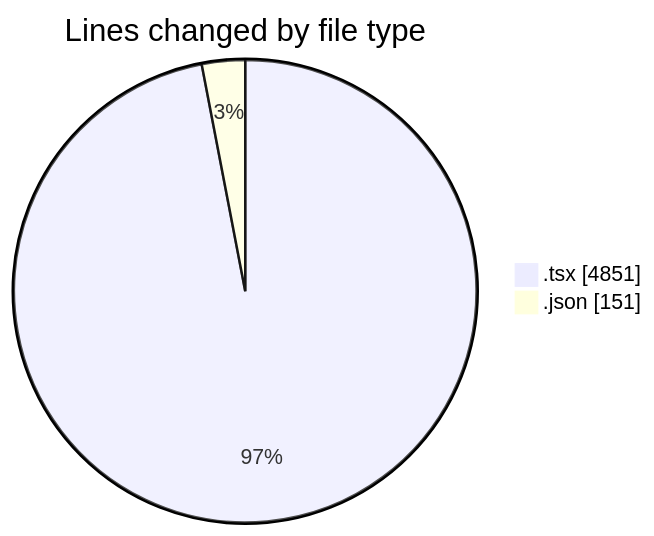
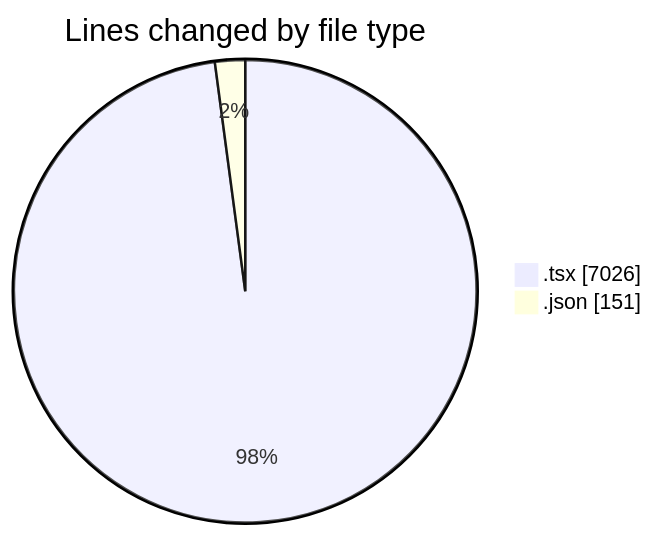
The first of 2 diagrams in 2026-11-13/broadcaster-v6-feature/README.md (momahboobian/code-tracking), drawn with Mermaid before and after one commit. The commit also changed other lines of this file and 1 other file, not shown here.

````diff
--- a/2026-11-13/broadcaster-v6-feature/README.md
+++ b/2026-11-13/broadcaster-v6-feature/README.md
@@ -34,6 +36,6 @@
 ```mermaid
 pie showData
 title Lines changed by file type
-".tsx" : 4851
+".tsx" : 7026
 ".json" : 151
 ```
````
